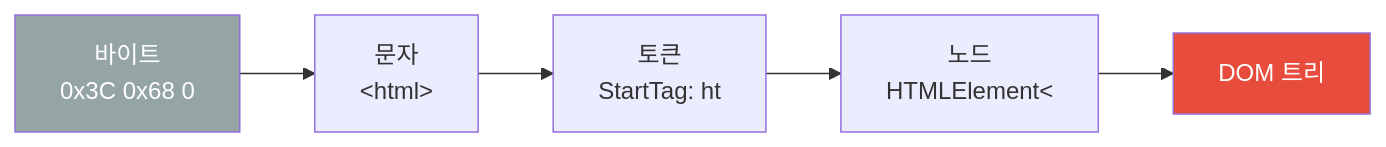
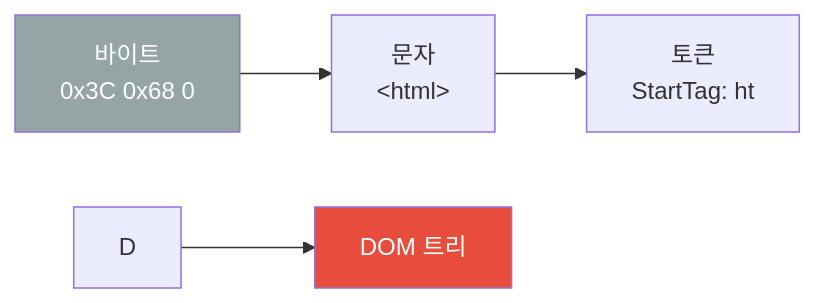
Before and after one commit to yjkim2015/yjkim2015.github.io: the second of 10 diagrams in _posts/frontend/2026-05-02-browser-rendering.md, drawn with Mermaid. The commit also changed other lines of this file and 149 other files, not shown here.

First line of the commit message:
Mermaid 가독성 개선: 라벨 축약, 노드 축소, TD→LR 변환

````diff
--- a/_posts/frontend/2026-05-02-browser-rendering.md
+++ b/_posts/frontend/2026-05-02-browser-rendering.md
@@ -46,9 +46,8 @@
 ```mermaid
 flowchart LR
     A["바이트<br>0x3C 0x68 0"] --> B["문자<br>&lt;html&gt;"]
     B --> C["토큰<br>StartTag: ht"]
-    C --> D["노드<br>HTMLElement<"]
     D --> E["DOM 트리"]
     style A fill:#95a5a6,color:#fff
     style E fill:#e74c3c,color:#fff
 ```
````
